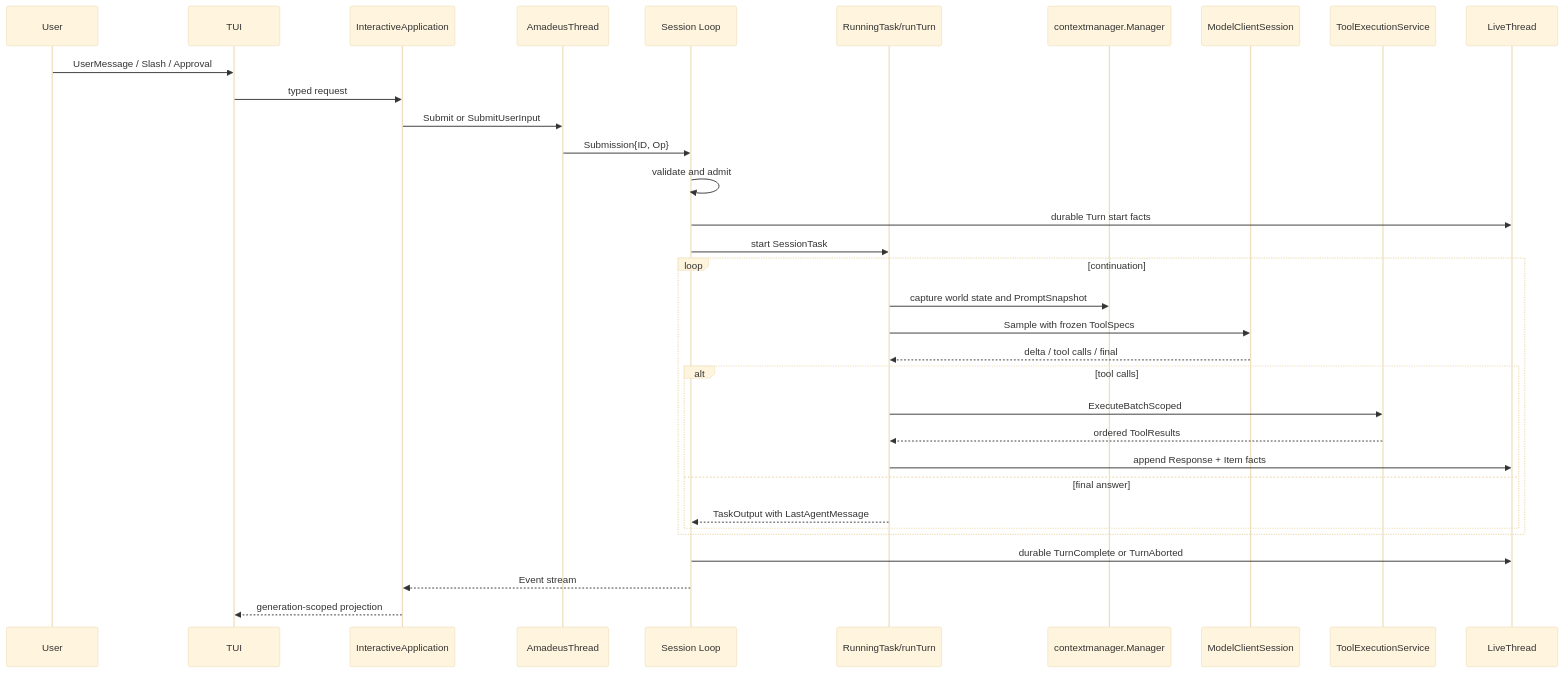
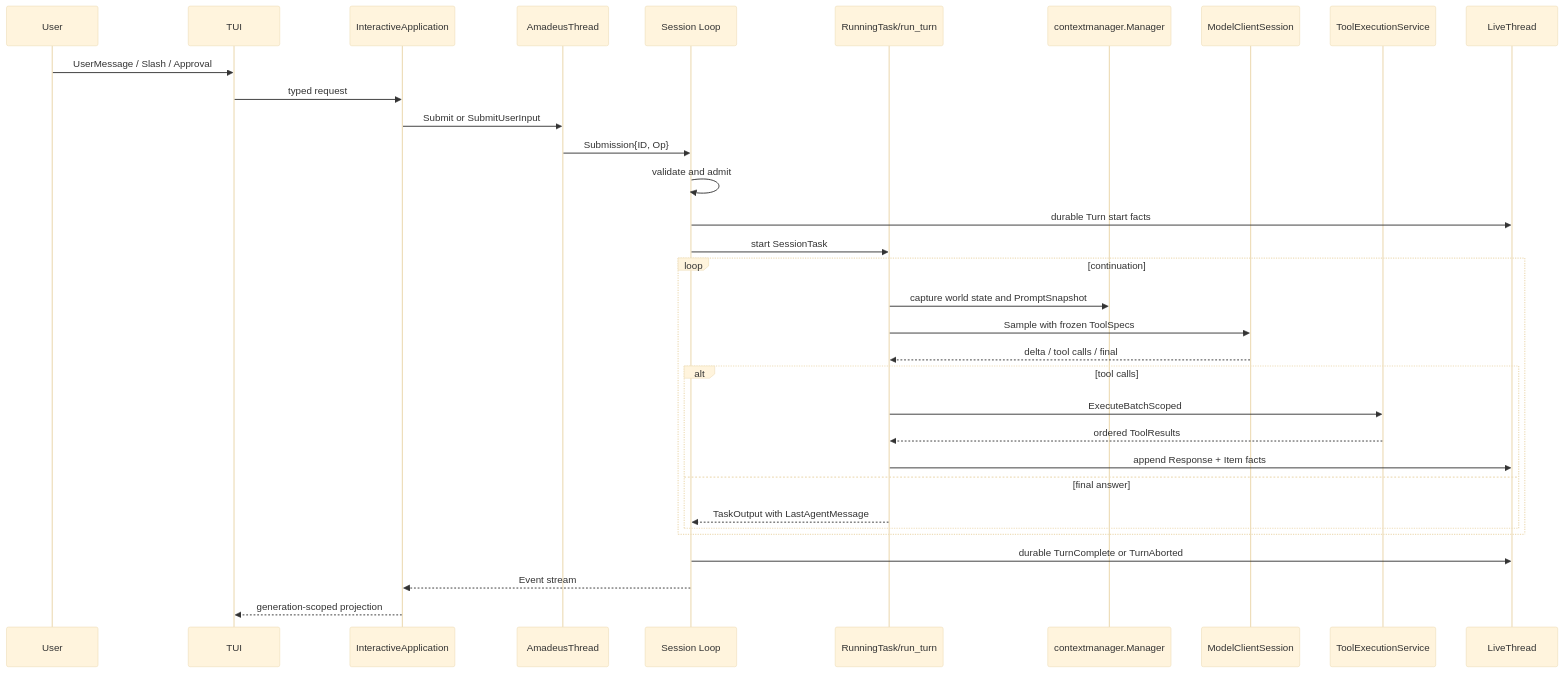
The fourth of 47 diagrams in docs/architecture-whitepaper.md (Godric-W/Amadeus), drawn with Mermaid (base theme) before and after one commit. The commit also changed other lines of this file and 138 other files, not shown here.

Commit message:
feat: add persisted thread goals and align runtime architecture

````diff
--- a/docs/architecture-whitepaper.md
+++ b/docs/architecture-whitepaper.md
@@ -368,36 +403,36 @@
 ```mermaid
 sequenceDiagram
     participant U as User
     participant TUI as TUI
     participant APP as InteractiveApplication
     participant TH as AmadeusThread
     participant S as Session Loop
-    participant R as RunningTask/runTurn
+    participant R as RunningTask/run_turn
     participant C as contextmanager.Manager
     participant M as ModelClientSession
     participant T as ToolExecutionService
     participant L as LiveThread
 
     U->>TUI: UserMessage / Slash / Approval
     TUI->>APP: typed request
     APP->>TH: Submit or SubmitUserInput
     TH->>S: Submission{ID, Op}
     S->>S: validate and admit
     S->>L: durable Turn start facts
     S->>R: start SessionTask
     loop continuation
         R->>C: capture world state and PromptSnapshot
         R->>M: Sample with frozen ToolSpecs
         M-->>R: delta / tool calls / final
         alt tool calls
             R->>T: ExecuteBatchScoped
             T-->>R: ordered ToolResults
             R->>L: append Response + Item facts
         else final answer
             R-->>S: TaskOutput with LastAgentMessage
         end
     end
     S->>L: durable TurnComplete or TurnAborted
     S-->>APP: Event stream
     APP-->>TUI: generation-scoped projection
 ```
````
